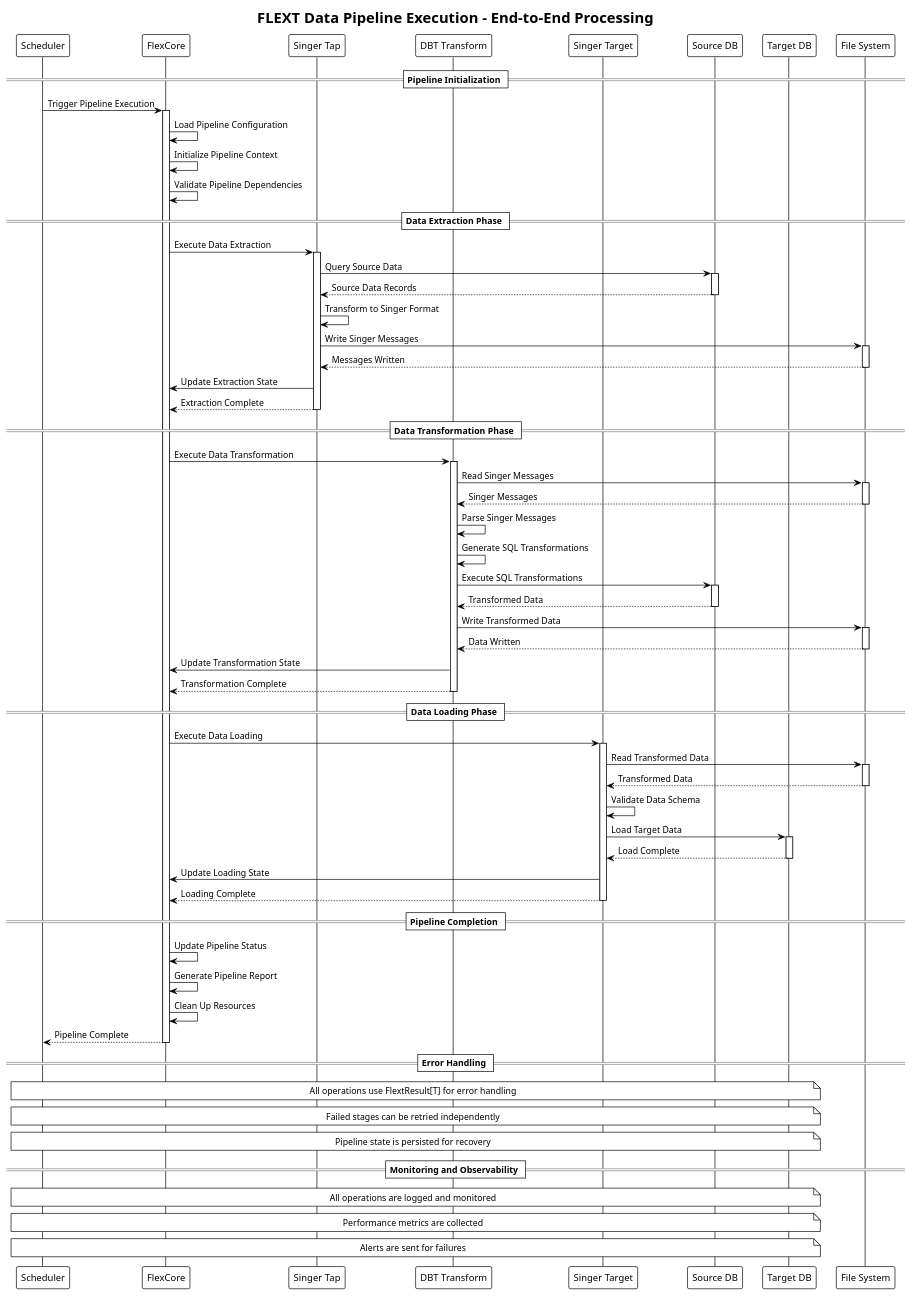
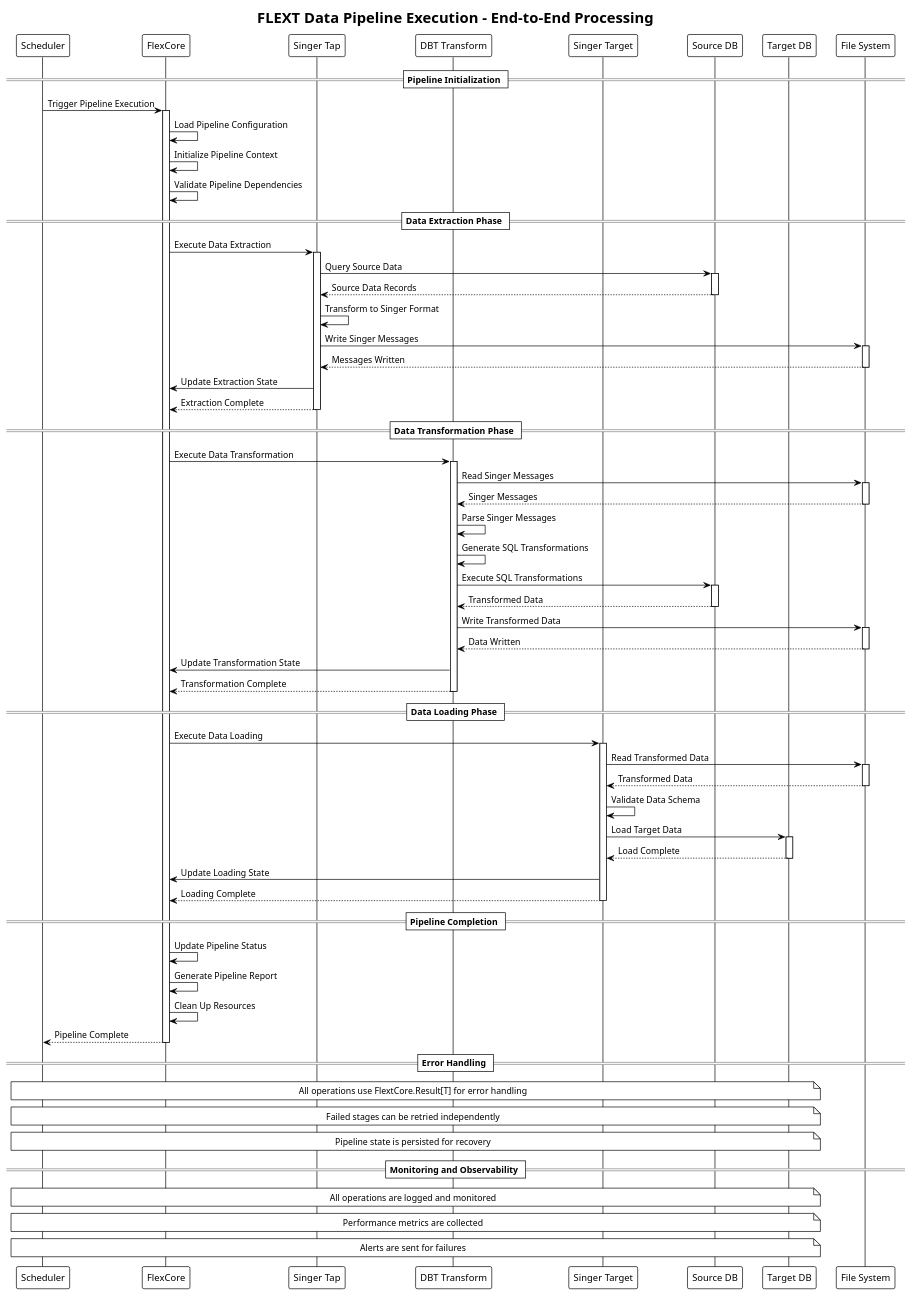
Before and after one commit to flext-sh/flext: the diagram in docs/architecture/plantuml/sequence-diagrams/data-pipeline-execution.puml, drawn with PlantUML. The commit also changed 204 other files, not shown here.

```diff
--- a/docs/architecture/plantuml/sequence-diagrams/data-pipeline-execution.puml
+++ b/docs/architecture/plantuml/sequence-diagrams/data-pipeline-execution.puml
@@ -1,103 +1,103 @@
 @startuml Data Pipeline Execution
 !theme plain
 title FLEXT Data Pipeline Execution - End-to-End Processing
 
 participant "Scheduler" as SCHED
 participant "FlexCore" as FC
 participant "Singer Tap" as TAP
 participant "DBT Transform" as DBT
 participant "Singer Target" as TARGET
 participant "Source DB" as SRC_DB
 participant "Target DB" as TGT_DB
 participant "File System" as FS
 
 == Pipeline Initialization ==
 SCHED -> FC: Trigger Pipeline Execution
 activate FC
 
 FC -> FC: Load Pipeline Configuration
 FC -> FC: Initialize Pipeline Context
 FC -> FC: Validate Pipeline Dependencies
 
 == Data Extraction Phase ==
 FC -> TAP: Execute Data Extraction
 activate TAP
 
 TAP -> SRC_DB: Query Source Data
 activate SRC_DB
 SRC_DB --> TAP: Source Data Records
 deactivate SRC_DB
 
 TAP -> TAP: Transform to Singer Format
 TAP -> FS: Write Singer Messages
 activate FS
 FS --> TAP: Messages Written
 deactivate FS
 
 TAP -> FC: Update Extraction State
 TAP --> FC: Extraction Complete
 deactivate TAP
 
 == Data Transformation Phase ==
 FC -> DBT: Execute Data Transformation
 activate DBT
 
 DBT -> FS: Read Singer Messages
 activate FS
 FS --> DBT: Singer Messages
 deactivate FS
 
 DBT -> DBT: Parse Singer Messages
 DBT -> DBT: Generate SQL Transformations
 DBT -> SRC_DB: Execute SQL Transformations
 activate SRC_DB
 SRC_DB --> DBT: Transformed Data
 deactivate SRC_DB
 
 DBT -> FS: Write Transformed Data
 activate FS
 FS --> DBT: Data Written
 deactivate FS
 
 DBT -> FC: Update Transformation State
 DBT --> FC: Transformation Complete
 deactivate DBT
 
 == Data Loading Phase ==
 FC -> TARGET: Execute Data Loading
 activate TARGET
 
 TARGET -> FS: Read Transformed Data
 activate FS
 FS --> TARGET: Transformed Data
 deactivate FS
 
 TARGET -> TARGET: Validate Data Schema
 TARGET -> TGT_DB: Load Target Data
 activate TGT_DB
 TGT_DB --> TARGET: Load Complete
 deactivate TGT_DB
 
 TARGET -> FC: Update Loading State
 TARGET --> FC: Loading Complete
 deactivate TARGET
 
 == Pipeline Completion ==
 FC -> FC: Update Pipeline Status
 FC -> FC: Generate Pipeline Report
 FC -> FC: Clean Up Resources
 
 FC --> SCHED: Pipeline Complete
 deactivate FC
 
 == Error Handling ==
-note over SCHED, TGT_DB: All operations use FlextResult[T] for error handling
+note over SCHED, TGT_DB: All operations use FlextCore.Result[T] for error handling
 note over SCHED, TGT_DB: Failed stages can be retried independently
 note over SCHED, TGT_DB: Pipeline state is persisted for recovery
 
 == Monitoring and Observability ==
 note over SCHED, TGT_DB: All operations are logged and monitored
 note over SCHED, TGT_DB: Performance metrics are collected
 note over SCHED, TGT_DB: Alerts are sent for failures
 
 @enduml
```
